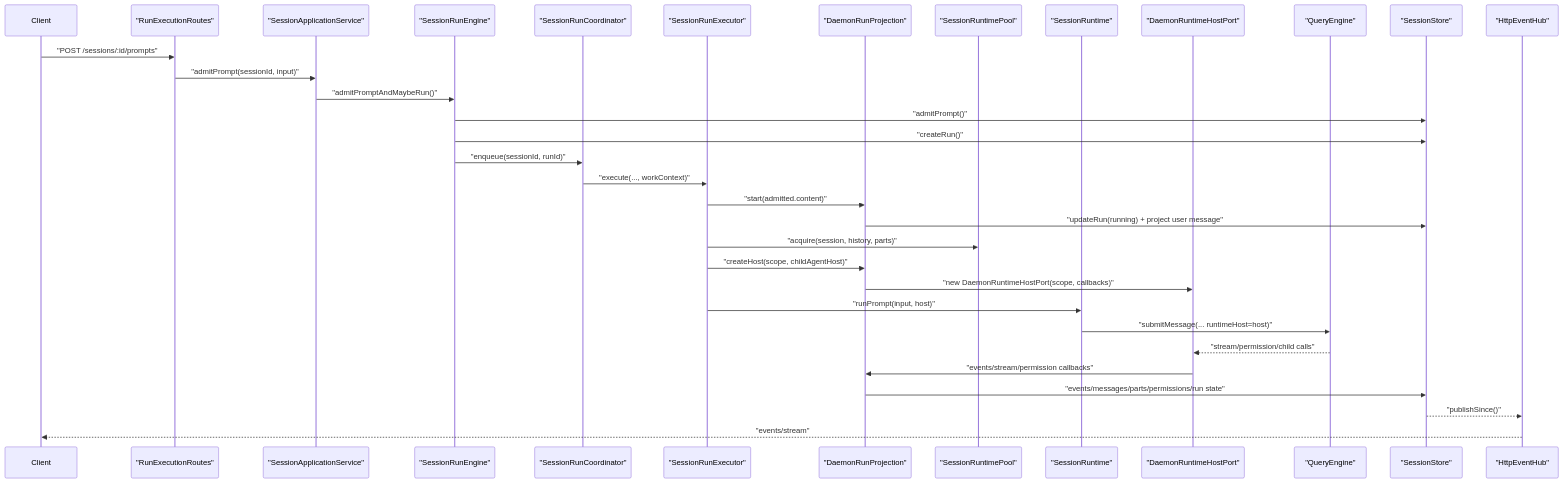
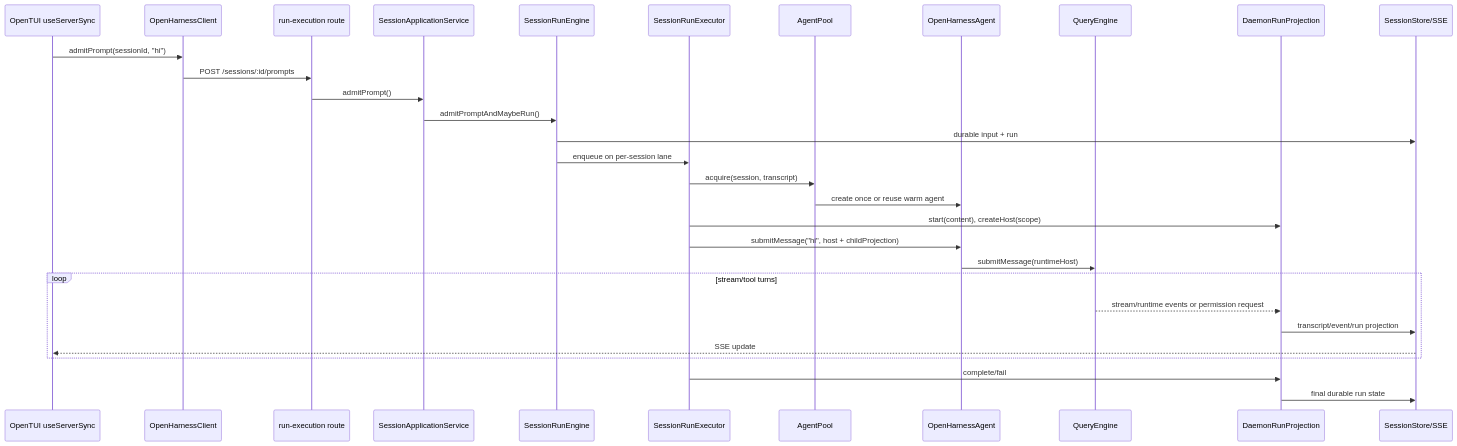
Before and after one commit to rzx007/openharness-ts: the second of 4 diagrams in docs/daemon-application-architecture.md, drawn with Mermaid. The commit also changed other lines of this file and 23 other files, not shown here.

Commit message:
docs: establish authoritative agent daemon architecture

````diff
--- a/docs/daemon-application-architecture.md
+++ b/docs/daemon-application-architecture.md
@@ -173,36 +90,33 @@
 ```mermaid
 sequenceDiagram
-  participant C as Client
-  participant R as "RunExecutionRoutes"
-  participant App as "SessionApplicationService"
-  participant Engine as "SessionRunEngine"
-  participant Coord as "SessionRunCoordinator"
-  participant Exec as "SessionRunExecutor"
-  participant Projection as "DaemonRunProjection"
-  participant Pool as "SessionRuntimePool"
-  participant Runtime as "SessionRuntime"
-  participant Host as "DaemonRuntimeHostPort"
-  participant QE as "QueryEngine"
-  participant Store as "SessionStore"
-  participant SSE as "HttpEventHub"
+  participant UI as OpenTUI useServerSync
+  participant C as OpenHarnessClient
+  participant R as run-execution route
+  participant A as SessionApplicationService
+  participant E as SessionRunEngine
+  participant X as SessionRunExecutor
+  participant P as AgentPool
+  participant G as OpenHarnessAgent
+  participant Q as QueryEngine
+  participant D as DaemonRunProjection
+  participant S as SessionStore/SSE
 
-  C->>R: "POST /sessions/:id/prompts"
-  R->>App: "admitPrompt(sessionId, input)"
-  App->>Engine: "admitPromptAndMaybeRun()"
-  Engine->>Store: "admitPrompt()"
-  Engine->>Store: "createRun()"
-  Engine->>Coord: "enqueue(sessionId, runId)"
-  Coord->>Exec: "execute(..., workContext)"
-  Exec->>Projection: "start(admitted.content)"
-  Projection->>Store: "updateRun(running) + project user message"
-  Exec->>Pool: "acquire(session, history, parts)"
-  Exec->>Projection: "createHost(scope, childAgentHost)"
-  Projection->>Host: "new DaemonRuntimeHostPort(scope, callbacks)"
-  Exec->>Runtime: "runPrompt(input, host)"
-  Runtime->>QE: "submitMessage(... runtimeHost=host)"
-  QE-->>Host: "stream/permission/child calls"
-  Host->>Projection: "events/stream/permission callbacks"
-  Projection->>Store: "events/messages/parts/permissions/run state"
-  Store-->>SSE: "publishSince()"
-  SSE-->>C: "events/stream"
+  UI->>C: admitPrompt(sessionId, "hi")
+  C->>R: POST /sessions/:id/prompts
+  R->>A: admitPrompt()
+  A->>E: admitPromptAndMaybeRun()
+  E->>S: durable input + run
+  E->>X: enqueue on per-session lane
+  X->>P: acquire(session, transcript)
+  P->>G: create once or reuse warm agent
+  X->>D: start(content), createHost(scope)
+  X->>G: submitMessage("hi", host + childProjection)
+  G->>Q: submitMessage(runtimeHost)
+  loop stream/tool turns
+    Q-->>D: stream/runtime events or permission request
+    D->>S: transcript/event/run projection
+    S-->>UI: SSE update
+  end
+  X->>D: complete/fail
+  D->>S: final durable run state
 ```
````
